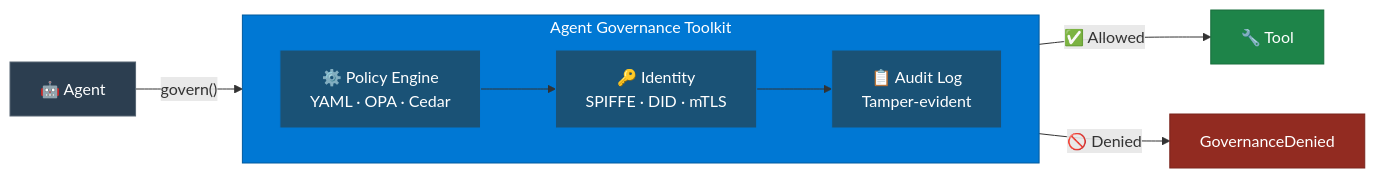
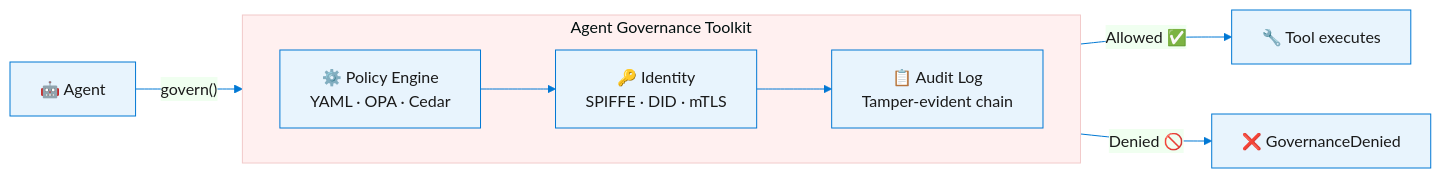
Before and after one commit to electricwolfemarshmallowhypertext/ms-agt: the diagram in docs/index.md, drawn with Mermaid. The commit also changed other lines of this file and 1 other file, not shown here.

Commit message:
docs: fix architecture diagram readability (#2526)
- Use light fills with dark text instead of dark fills with white text
- Set Mermaid base theme with 16px font size for node labels
- Add CSS to enforce minimum diagram height and larger font sizes
- Remove custom dark style overrides that caused low contrast
- Use br tags instead of \n for better multi-line rendering

````diff
--- a/docs/index.md
+++ b/docs/index.md
@@ -94,23 +96,16 @@
 ```mermaid
+%%{init: {'theme': 'base', 'themeVariables': {'fontSize': '16px', 'primaryColor': '#E8F4FD', 'primaryTextColor': '#1a1a1a', 'primaryBorderColor': '#0078D4', 'lineColor': '#0078D4', 'secondaryColor': '#F0FFF0', 'tertiaryColor': '#FFF0F0'}}}%%
 flowchart LR
-    A[🤖 Agent] -->|"govern()"| GK
+    A["🤖 Agent"] -->|"govern()"| PE
 
-    subgraph GK ["Agent Governance Toolkit"]
+    subgraph GK ["&nbsp;&nbsp; Agent Governance Toolkit &nbsp;&nbsp;"]
         direction LR
-        PE["⚙️ Policy Engine\nYAML · OPA · Cedar"]
-        ID["🔑 Identity\nSPIFFE · DID · mTLS"]
-        AL["📋 Audit Log\nTamper-evident"]
+        PE["⚙️ Policy Engine<br/>YAML · OPA · Cedar"]
+        ID["🔑 Identity<br/>SPIFFE · DID · mTLS"]
+        AL["📋 Audit Log<br/>Tamper-evident chain"]
         PE --> ID --> AL
     end
 
-    GK -->|"✅ Allowed"| T[🔧 Tool]
-    GK -->|"🚫 Denied"| D[GovernanceDenied]
-
-    style GK fill:#0078D4,stroke:#005A9E,color:#fff
-    style PE fill:#1a5276,stroke:#0078D4,color:#fff
-    style ID fill:#1a5276,stroke:#0078D4,color:#fff
-    style AL fill:#1a5276,stroke:#0078D4,color:#fff
-    style A fill:#2C3E50,stroke:#566573,color:#fff
-    style T fill:#1E8449,stroke:#196F3D,color:#fff
-    style D fill:#922B21,stroke:#7B241C,color:#fff
+    AL -->|"Allowed ✅"| T["🔧 Tool executes"]
+    PE -->|"Denied 🚫"| D["❌ GovernanceDenied"]
 ```
````
